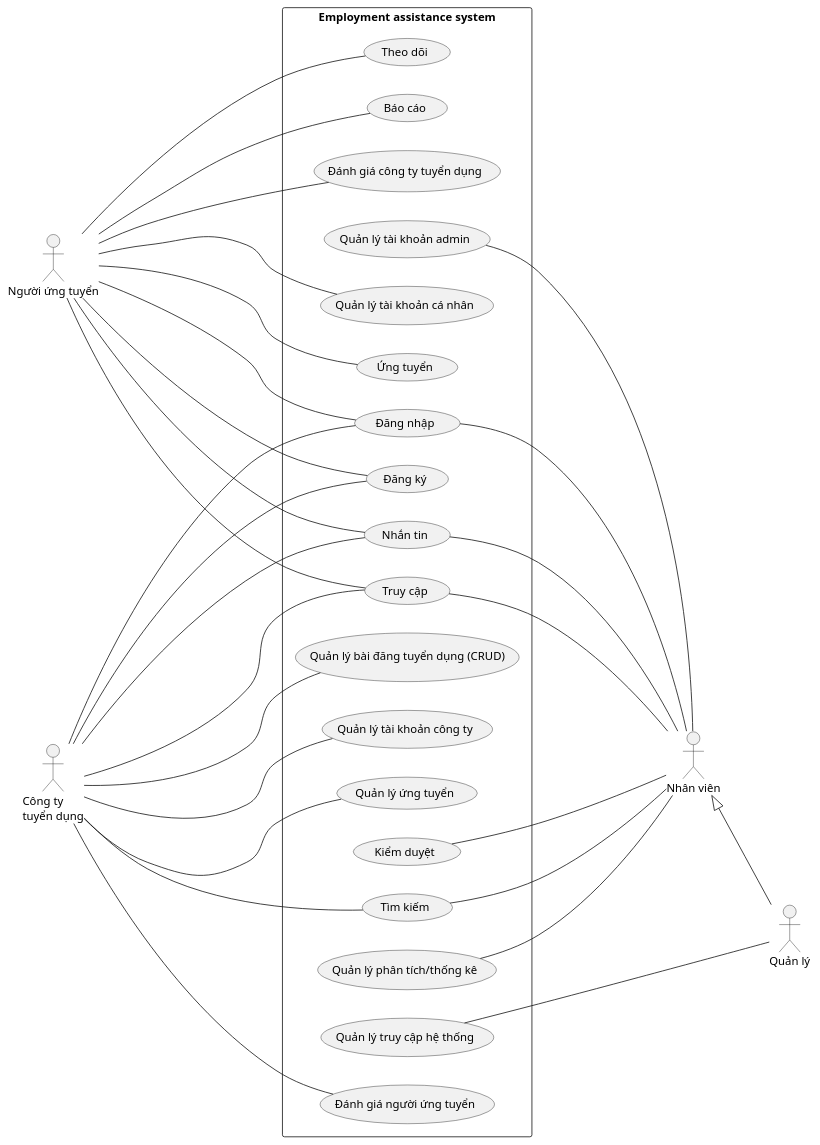
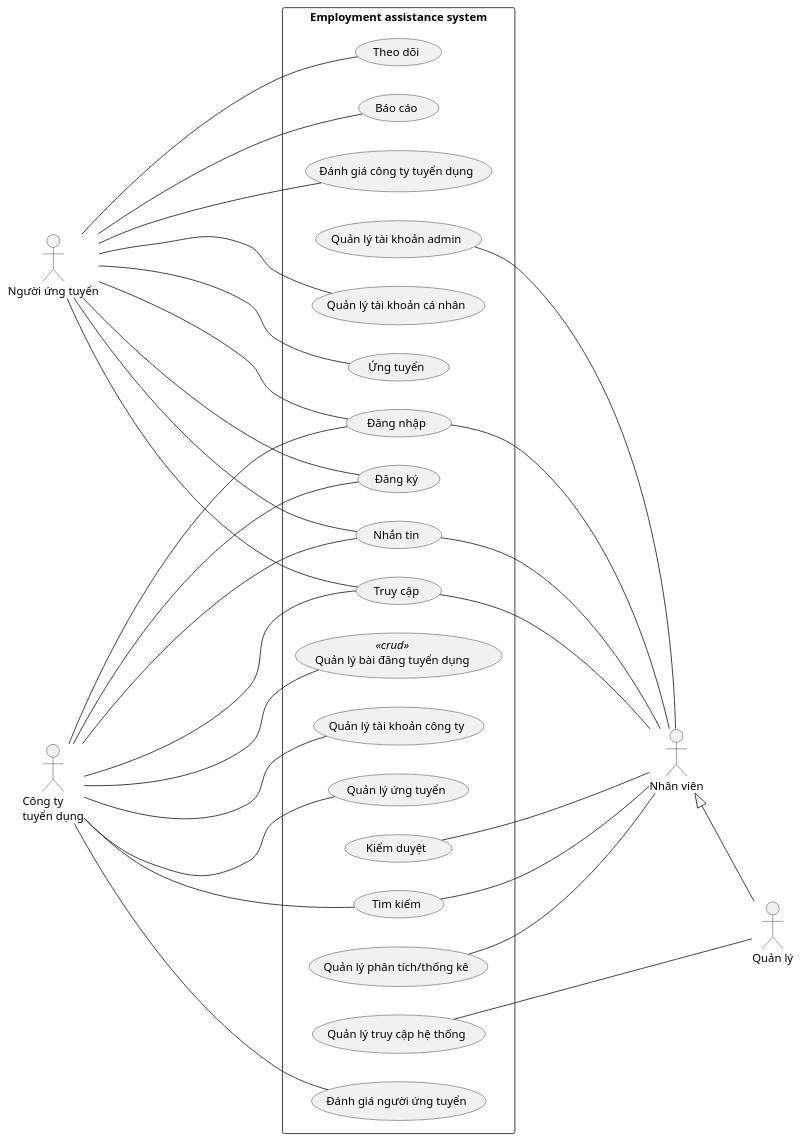
The diagram in 2. Diagram/Use case/FilePUML/0. UsecaseTongQuat.puml (Griselda4774/EAS-EmploymentAssistanceSystem), drawn with PlantUML before and after one commit. The commit also changed 8 other files, not shown here.

Commit message:
add some new diagram

```diff
--- a/2. Diagram/Use case/FilePUML/0. UsecaseTongQuat.puml
+++ b/2. Diagram/Use case/FilePUML/0. UsecaseTongQuat.puml
@@ -1,62 +1,61 @@
-@startuml
+@startuml UsecaseTongQuat
 left to right direction
 
 actor "Nhân viên" as nhanVien
 actor "Quản lý" as quanLy
 actor "Người ứng tuyển" as nguoiUngTuyen
 actor "Công ty\ntuyển dụng" as congTy
 
 rectangle "Employment assistance system" {
     usecase "Đăng nhập" as dangNhap
     usecase "Đăng ký" as dangKy
-    usecase "Quản lý bài đăng tuyển dụng (CRUD)" as quanLyBaiDang
+    usecase "Quản lý bài đăng tuyển dụng" as quanLyBaiDang <<crud>>
     usecase "Theo dõi" as theoDoi
     usecase "Báo cáo" as baoCao
     usecase "Đánh giá công ty tuyển dụng" as danhGiaCongTyTuyenDung
     usecase "Quản lý tài khoản cá nhân" as quanLyTaiKhoanCaNhan
     usecase "Quản lý tài khoản công ty" as quanLyTaiKhoanCongTy
     usecase "Ứng tuyển" as ungTuyen
     usecase "Quản lý ứng tuyển" as quanLyUngTuyen
     usecase "Nhắn tin" as nhanTin
     usecase "Tìm kiếm" as timKiem
     usecase "Truy cập" as truyCap
     usecase "Quản lý phân tích/thống kê" as quanLyPhanTich
     usecase "Kiểm duyệt" as kiemDuyet
     usecase "Quản lý truy cập hệ thống" as quanLyTruyCap
     usecase "Quản lý tài khoản admin" as quanLyTaiKhoanAdmin
     usecase "Đánh giá người ứng tuyển" as danhGiaNguoiUngTuyen
 }
 
 dangNhap ---- nhanVien
 nhanTin ---- nhanVien
 timKiem ---- nhanVien
 truyCap ---- nhanVien
 quanLyPhanTich ---- nhanVien
 kiemDuyet ---- nhanVien
 quanLyTaiKhoanAdmin ---- nhanVien
 
 nhanVien ^-- quanLy
 quanLyTruyCap -- quanLy
 
-
 nguoiUngTuyen ----- dangNhap
 nguoiUngTuyen ----- dangKy
 nguoiUngTuyen ----- theoDoi
 nguoiUngTuyen ----- baoCao
 nguoiUngTuyen ----- danhGiaCongTyTuyenDung
 nguoiUngTuyen ----- quanLyTaiKhoanCaNhan
 nguoiUngTuyen ----- ungTuyen
 nguoiUngTuyen ----- nhanTin
 nguoiUngTuyen ----- truyCap
 
 congTy ----- dangNhap
 congTy ----- dangKy
 congTy ----- quanLyBaiDang
 congTy ----- quanLyTaiKhoanCongTy
 congTy ----- quanLyUngTuyen
 congTy ----- nhanTin
 congTy ----- timKiem
 congTy ----- truyCap
 congTy ----- danhGiaNguoiUngTuyen
 
 @enduml
```
